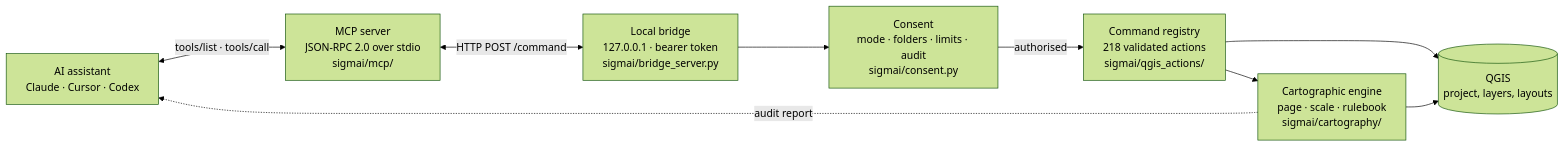
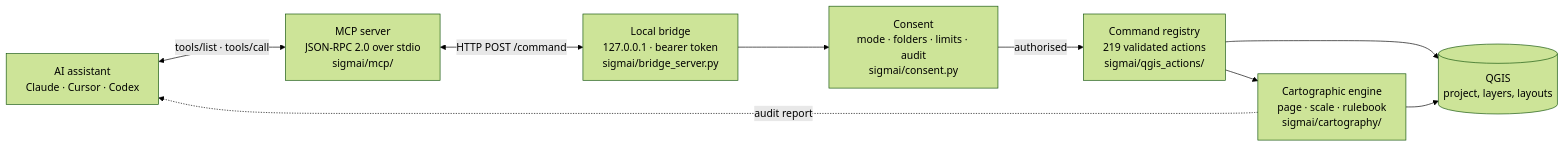
Before and after one commit to LuanCortesM/SIGMAI: the diagram in README.md, drawn with Mermaid (forest theme). The commit also changed other lines of this file and 7 other files, not shown here.

````diff
--- a/README.md
+++ b/README.md
@@ -132,19 +133,19 @@
 ```mermaid
 flowchart LR
     A["AI assistant<br/>Claude · Cursor · Codex"]
     B["MCP server<br/>JSON-RPC 2.0 over stdio<br/>sigmai/mcp/"]
     C["Local bridge<br/>127.0.0.1 · bearer token<br/>sigmai/bridge_server.py"]
     D["Consent<br/>mode · folders · limits · audit<br/>sigmai/consent.py"]
-    E["Command registry<br/>218 validated actions<br/>sigmai/qgis_actions/"]
+    E["Command registry<br/>219 validated actions<br/>sigmai/qgis_actions/"]
     F["Cartographic engine<br/>page · scale · rulebook<br/>sigmai/cartography/"]
     G[("QGIS<br/>project, layers, layouts")]
 
     A <-->|"tools/list · tools/call"| B
     B <-->|"HTTP POST /command"| C
     C --> D
     D -->|"authorised"| E
     E --> F
     E --> G
     F --> G
     F -.->|"audit report"| A
 ```
````
